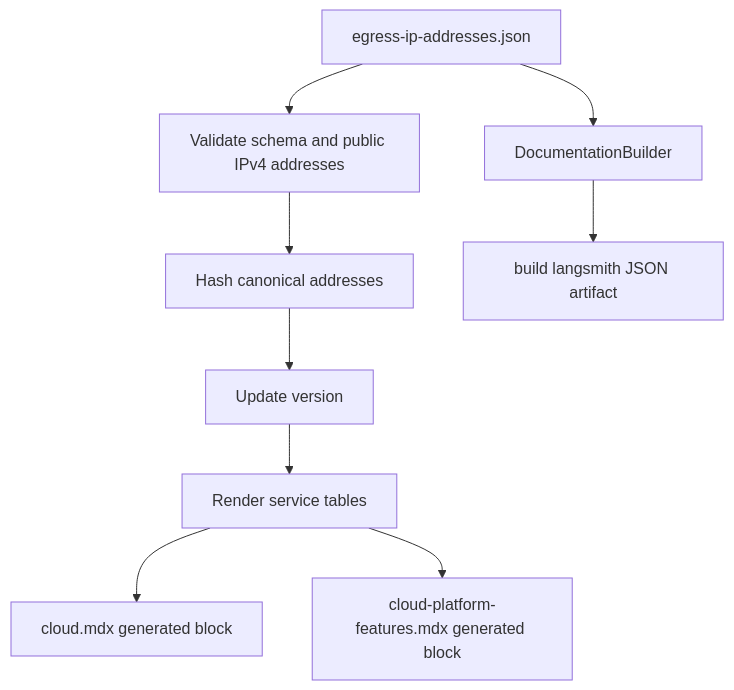
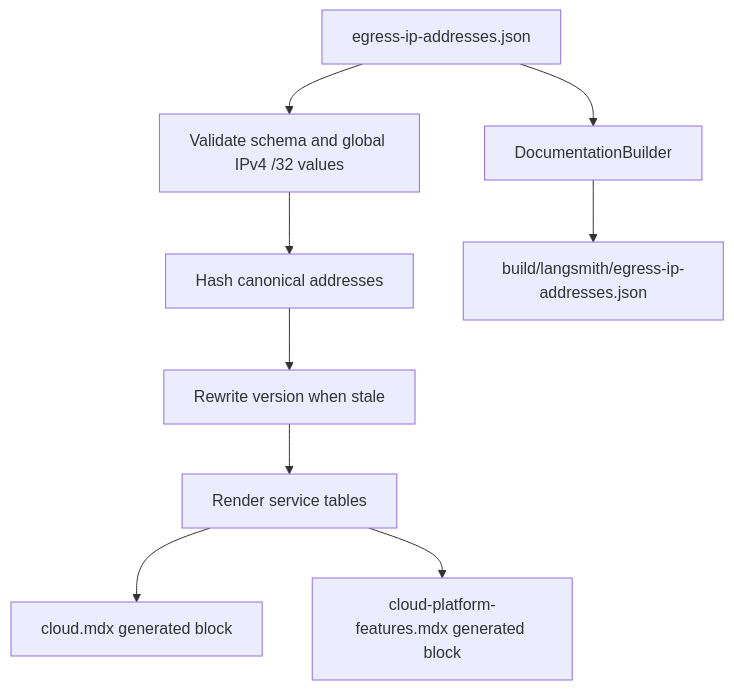
One commit to langchain-ai/docs changed the diagram in openwiki/workflows/egress-ip-inventory.md. Above: the diagram before and after it, drawn with Mermaid. The commit also changed other lines of this file and 42 other files, not shown here.

````diff
--- a/openwiki/workflows/egress-ip-inventory.md
+++ b/openwiki/workflows/egress-ip-inventory.md
@@ -44,11 +44,11 @@
 ```mermaid
 flowchart TD
-  Inventory["egress-ip-addresses.json"] --> Validate["Validate schema and public IPv4 addresses"]
+  Inventory["egress-ip-addresses.json"] --> Validate["Validate schema and global IPv4 /32 values"]
   Validate --> Hash["Hash canonical addresses"]
-  Hash --> Version["Update version"]
+  Hash --> Version["Rewrite version when stale"]
   Version --> Render["Render service tables"]
-  Render --> Cloud["cloud.mdx generated block"]
-  Render --> Features["cloud-platform-features.mdx generated block"]
+  Render --> SaaS["cloud.mdx generated block"]
+  Render --> Deployment["cloud-platform-features.mdx generated block"]
   Inventory --> Build["DocumentationBuilder"]
-  Build --> Public["build langsmith JSON artifact"]
+  Build --> Public["build/langsmith/egress-ip-addresses.json"]
 ```
````
